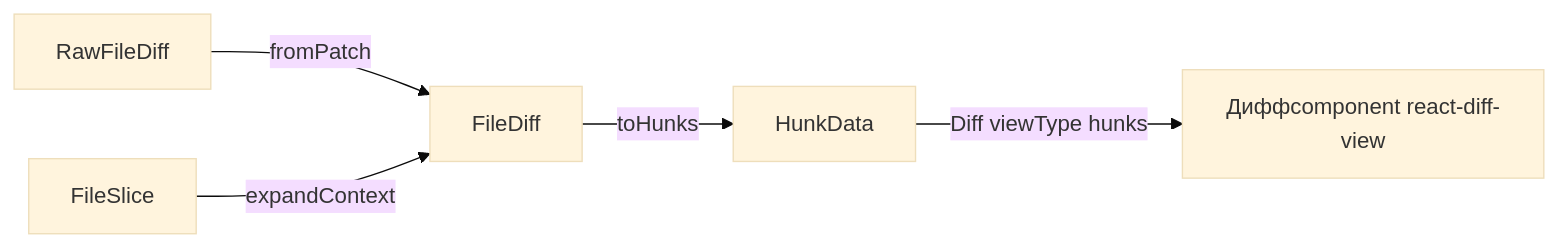
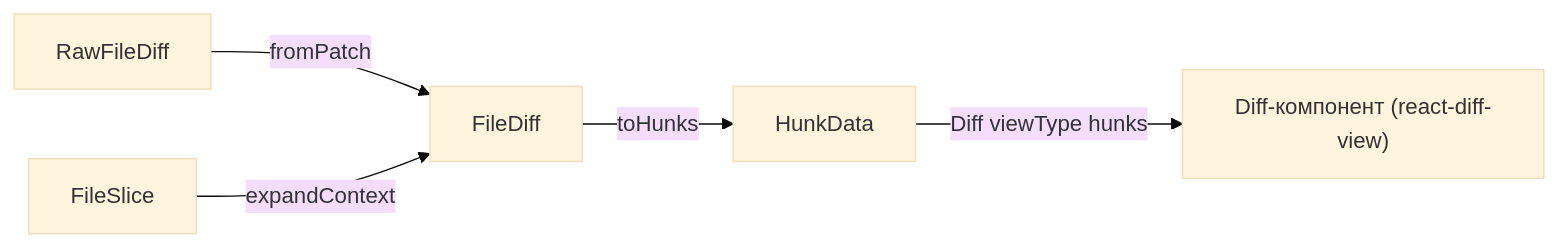
Before and after one commit to larchanka-training/dmc-268-ui-t6: the third of 3 diagrams in docs/FRONTEND_ARCHITECTURE.md, drawn with Mermaid (base theme). The commit also changed other lines of this file, not shown here.

First line of the commit message:
docs: apply review R2 to FRONTEND_ARCHITECTURE.md and add the decisions table

````diff
--- a/docs/FRONTEND_ARCHITECTURE.md
+++ b/docs/FRONTEND_ARCHITECTURE.md
@@ -320,7 +339,7 @@
 ```mermaid
 flowchart LR
   A[RawFileDiff] -->|fromPatch| B[FileDiff]
   B -->|toHunks| C[HunkData]
-  C -->|Diff viewType hunks| D["Диффcomponent react-diff-view"]
+  C -->|Diff viewType hunks| D["Diff-компонент (react-diff-view)"]
   E[FileSlice] -->|expandContext| B
 ```
````
